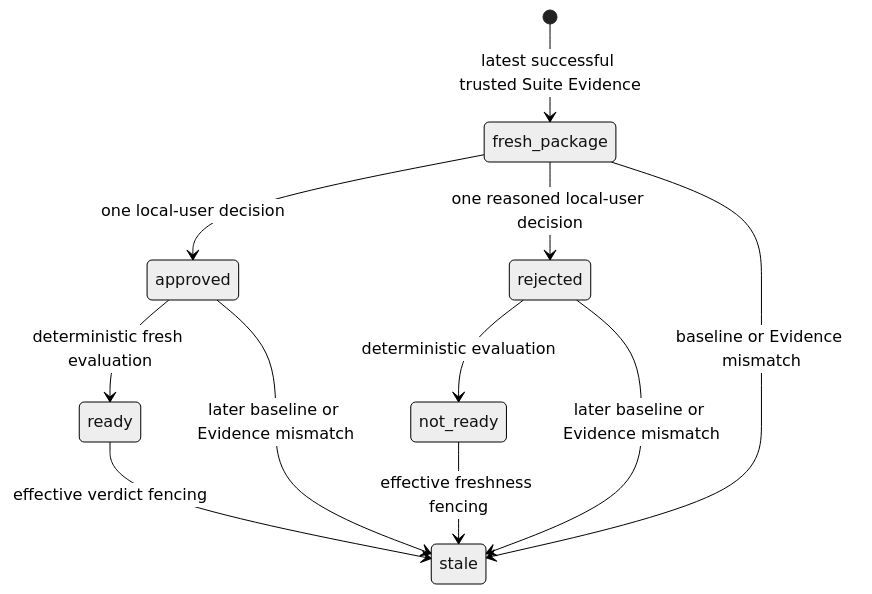
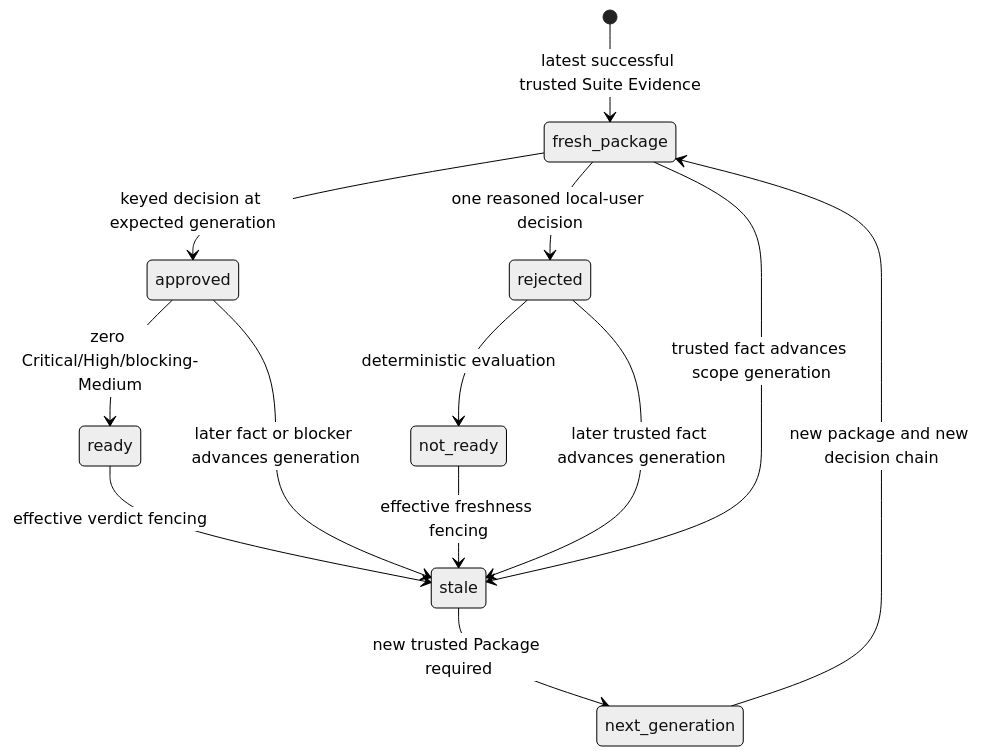
Before and after one commit to dankk0220abc-prog/visual-engineer: the tenth of 10 diagrams in docs/architecture/state-machine.md, drawn with Mermaid (neutral theme). The commit also changed other lines of this file and 31 other files, not shown here.

````diff
--- a/docs/architecture/state-machine.md
+++ b/docs/architecture/state-machine.md
@@ -324,13 +324,15 @@
 ```mermaid
 stateDiagram-v2
     [*] --> fresh_package: latest successful trusted Suite Evidence
-    fresh_package --> approved: one local-user decision
+    fresh_package --> approved: keyed decision at expected generation
     fresh_package --> rejected: one reasoned local-user decision
-    fresh_package --> stale: baseline or Evidence mismatch
-    approved --> ready: deterministic fresh evaluation
-    approved --> stale: later baseline or Evidence mismatch
+    fresh_package --> stale: trusted fact advances scope generation
+    approved --> ready: zero Critical/High/blocking-Medium
+    approved --> stale: later fact or blocker advances generation
     rejected --> not_ready: deterministic evaluation
-    rejected --> stale: later baseline or Evidence mismatch
+    rejected --> stale: later trusted fact advances generation
     ready --> stale: effective verdict fencing
     not_ready --> stale: effective freshness fencing
+    stale --> next_generation: new trusted Package required
+    next_generation --> fresh_package: new package and new decision chain
 ```
````
